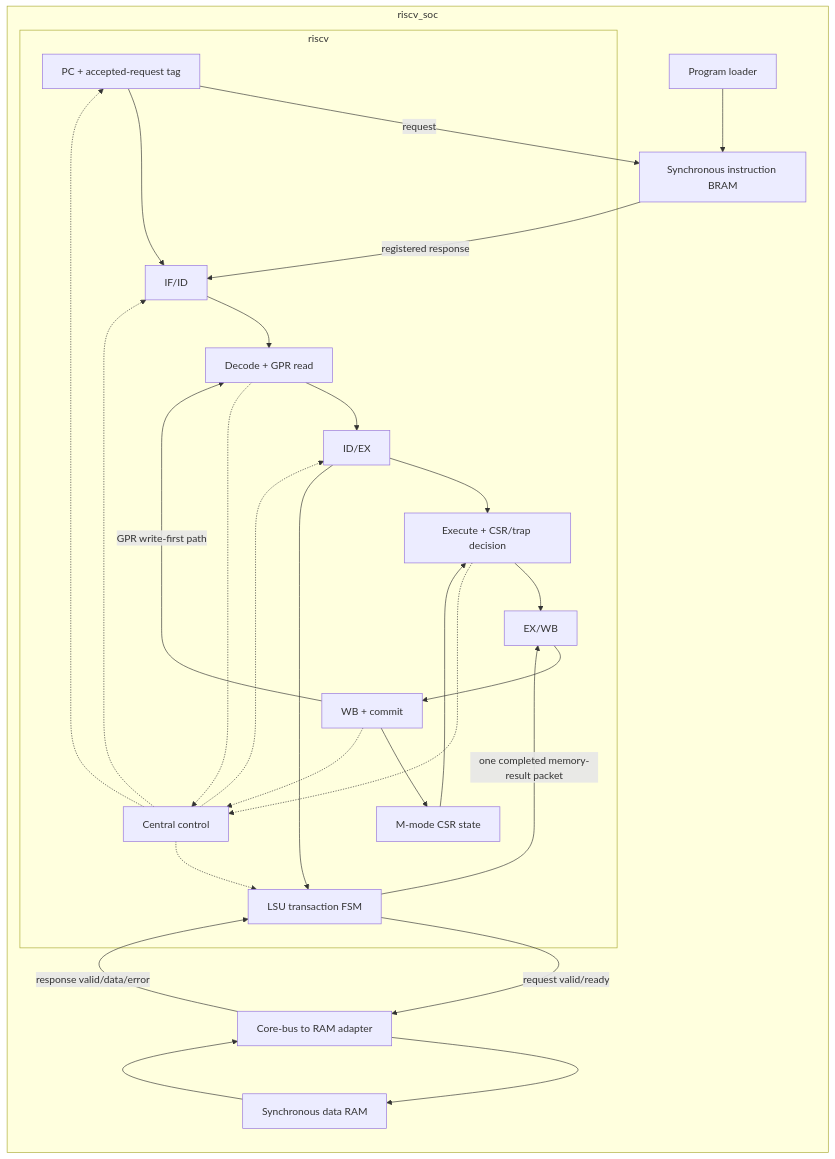
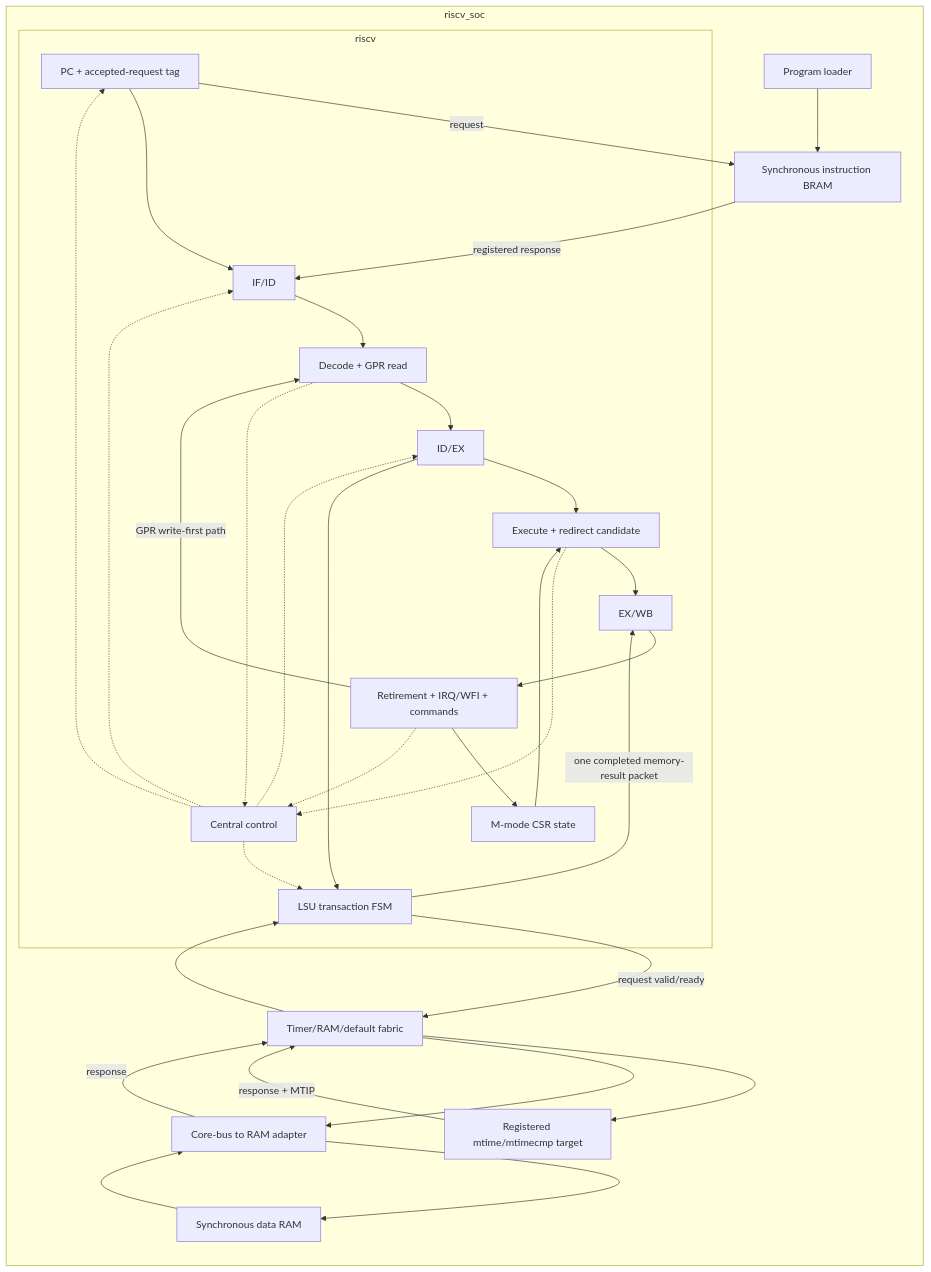
One commit to HeTPort/Rsicv-soc changed the first of 2 diagrams in doc/ARCHITECTURE_DESIGN_AND_DECISIONS.md. Above: the diagram before and after it, drawn with Mermaid. The commit also changed other lines of this file and 38 other files, not shown here.

Commit message:
feat: implement precise timer interrupts and WFI

````diff
--- a/doc/ARCHITECTURE_DESIGN_AND_DECISIONS.md
+++ b/doc/ARCHITECTURE_DESIGN_AND_DECISIONS.md
@@ -89,40 +89,45 @@
 ```mermaid
 flowchart LR
   subgraph SOC["riscv_soc"]
     LOAD["Program loader"]
     IBRAM["Synchronous instruction BRAM"]
     ADAPTER["Core-bus to RAM adapter"]
     DBRAM["Synchronous data RAM"]
+    TIMER["Registered mtime/mtimecmp target"]
+    FABRIC["Timer/RAM/default fabric"]
 
     subgraph CPU["riscv"]
       FETCH["PC + accepted-request tag"]
       IFID["IF/ID"]
       DECODE["Decode + GPR read"]
       IDEX["ID/EX"]
-      EXEC["Execute + CSR/trap decision"]
+      EXEC["Execute + redirect candidate"]
       LSU["LSU transaction FSM"]
       EXWB["EX/WB"]
-      RETIRE["WB + commit"]
+      RETIRE["Retirement + IRQ/WFI + commands"]
       CTRL["Central control"]
       CSR["M-mode CSR state"]
     end
   end
 
   LOAD --> IBRAM
   FETCH -->|"request"| IBRAM
   IBRAM -->|"registered response"| IFID
   FETCH --> IFID --> DECODE --> IDEX --> EXEC --> EXWB --> RETIRE
   IDEX --> LSU
-  LSU -->|"request valid/ready"| ADAPTER --> DBRAM
-  DBRAM --> ADAPTER -->|"response valid/data/error"| LSU
+  LSU -->|"request valid/ready"| FABRIC
+  FABRIC --> TIMER
+  FABRIC --> ADAPTER --> DBRAM
+  TIMER -->|"response + MTIP"| FABRIC
+  DBRAM --> ADAPTER -->|"response"| FABRIC --> LSU
   LSU -->|"one completed memory-result packet"| EXWB
   RETIRE -->|"GPR write-first path"| DECODE
   RETIRE --> CSR --> EXEC
   DECODE -.-> CTRL
   EXEC -.-> CTRL
   RETIRE -.-> CTRL
   CTRL -.-> FETCH
   CTRL -.-> IFID
   CTRL -.-> IDEX
   CTRL -.-> LSU
 ```
````
